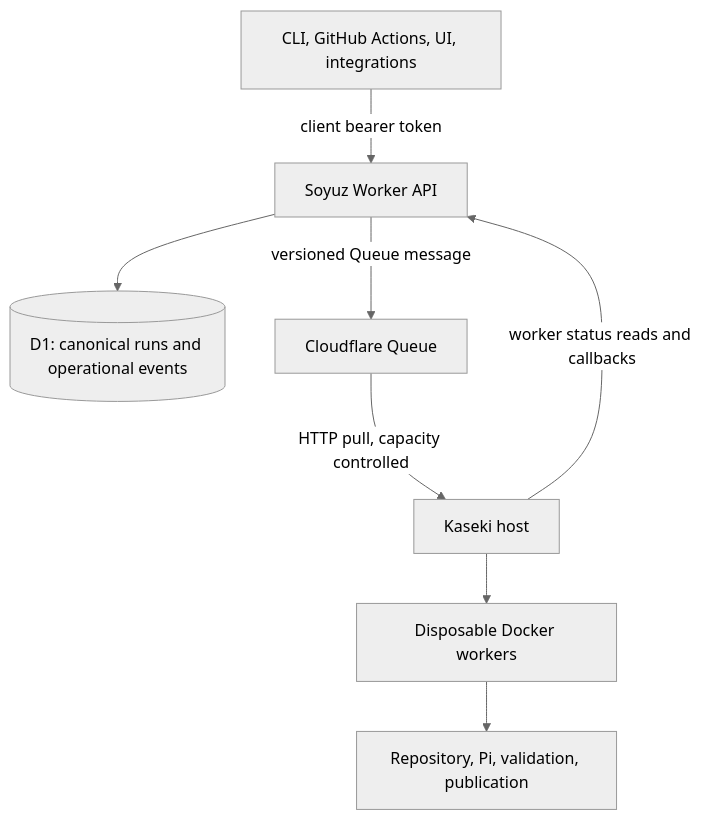
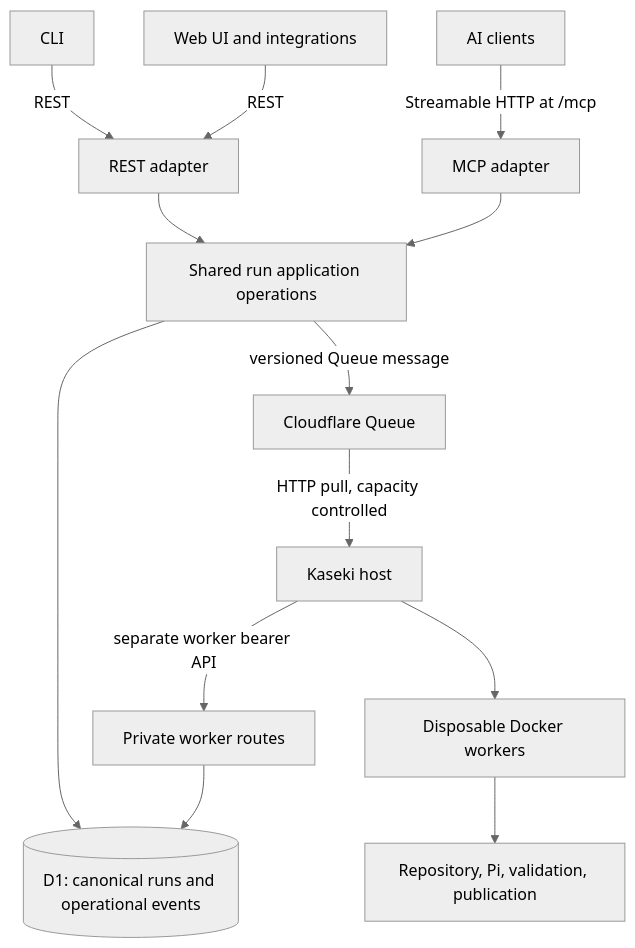
Before and after one commit to CyanAutomation/soyuz: the first of 2 diagrams in docs/ARCHITECTURE.md, drawn with Mermaid (neutral theme). The commit also changed other lines of this file and 13 other files, not shown here.

Commit message:
feat: add remote MCP interface to Soyuz

````diff
--- a/docs/ARCHITECTURE.md
+++ b/docs/ARCHITECTURE.md
@@ -3,10 +3,15 @@
 ```mermaid
 flowchart TD
-    Client[CLI, GitHub Actions, UI, integrations] -->|client bearer token| API[ Soyuz Worker API ]
-    API --> D1[(D1: canonical runs and operational events)]
-    API -->|versioned Queue message| Q[Cloudflare Queue]
+    CLI[CLI] -->|REST| REST[REST adapter]
+    UI[Web UI and integrations] -->|REST| REST
+    AI[AI clients] -->|Streamable HTTP at /mcp| MCP[MCP adapter]
+    REST --> App[Shared run application operations]
+    MCP --> App
+    App --> D1[(D1: canonical runs and operational events)]
+    App -->|versioned Queue message| Q[Cloudflare Queue]
     Q -->|HTTP pull, capacity controlled| K[Kaseki host]
-    K -->|worker status reads and callbacks| API
+    K -->|separate worker bearer API| Worker[Private worker routes]
+    Worker --> D1
     K --> Docker[Disposable Docker workers]
     Docker --> Repo[Repository, Pi, validation, publication]
 ```
````
